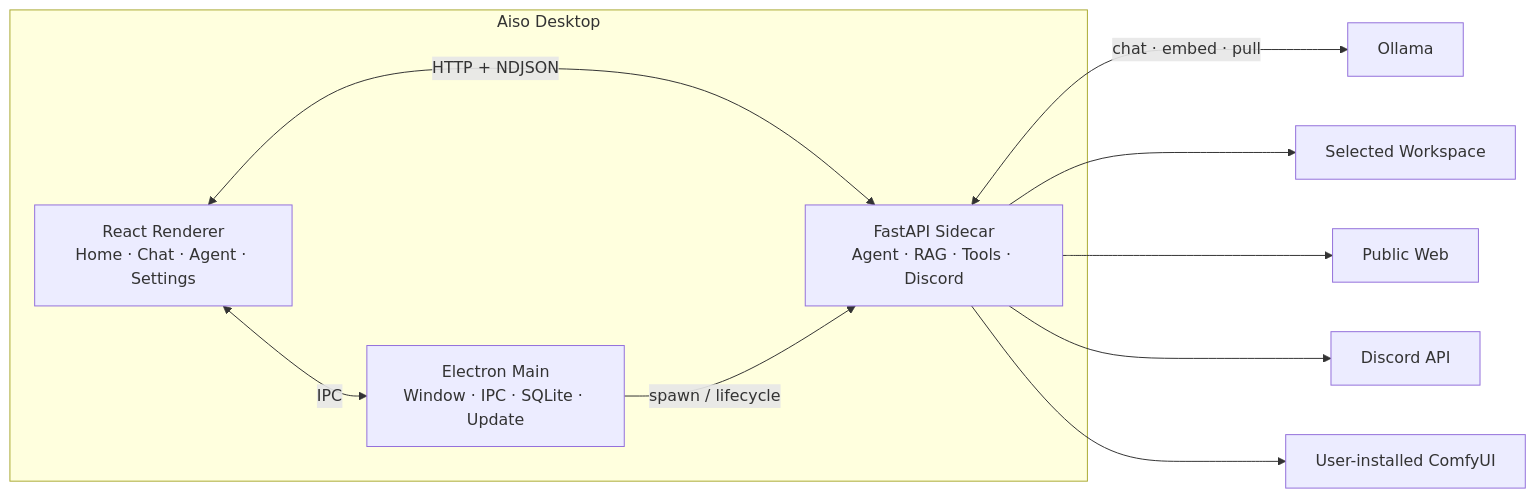
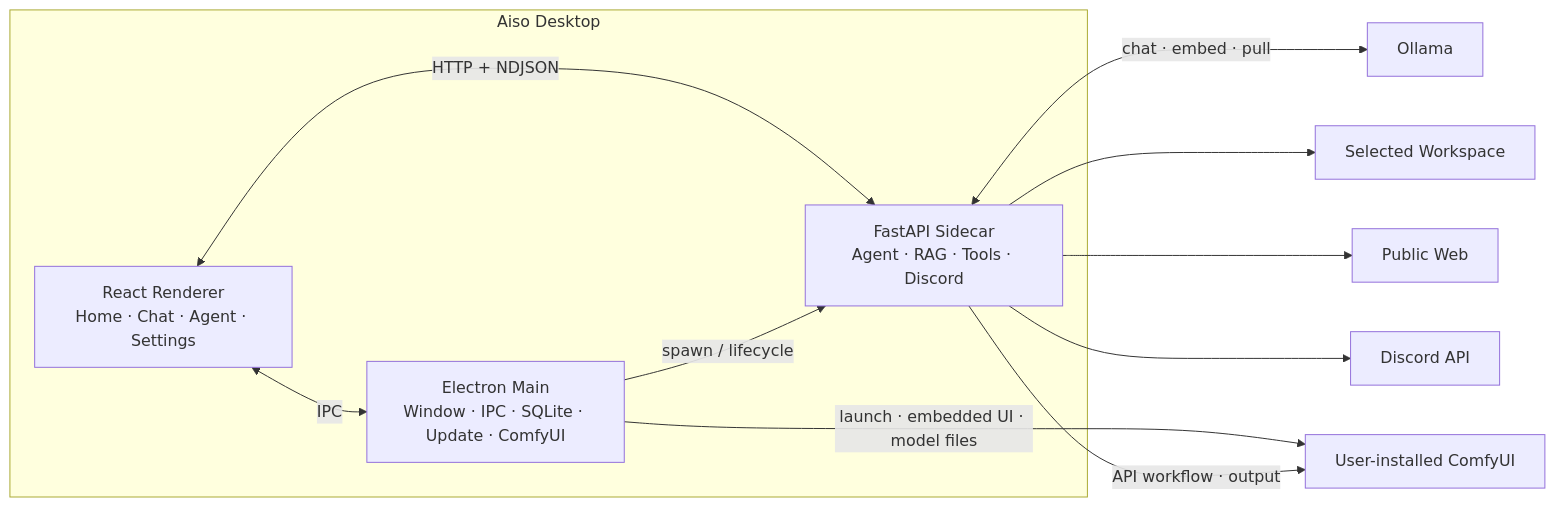
The diagram in README.md (devbin-lab/AISO), drawn with Mermaid before and after one commit. The commit also changed other lines of this file, not shown here.

````diff
--- a/README.md
+++ b/README.md
@@ -294,17 +304,18 @@
 ```mermaid
 flowchart LR
     subgraph Desktop["Aiso Desktop"]
         Renderer["React Renderer<br/>Home · Chat · Agent · Settings"]
-        Main["Electron Main<br/>Window · IPC · SQLite · Update"]
+        Main["Electron Main<br/>Window · IPC · SQLite · Update · ComfyUI"]
         Sidecar["FastAPI Sidecar<br/>Agent · RAG · Tools · Discord"]
     end
 
     Renderer <-->|IPC| Main
     Renderer <-->|"HTTP + NDJSON"| Sidecar
     Main -->|"spawn / lifecycle"| Sidecar
     Sidecar <-->|"chat · embed · pull"| Ollama["Ollama"]
     Sidecar --> Workspace["Selected Workspace"]
     Sidecar --> Web["Public Web"]
     Sidecar --> Discord["Discord API"]
-    Sidecar --> ComfyUI["User-installed ComfyUI"]
+    Main -->|"launch · embedded UI · model files"| ComfyUI["User-installed ComfyUI"]
+    Sidecar -->|"API workflow · output"| ComfyUI
 ```
````
